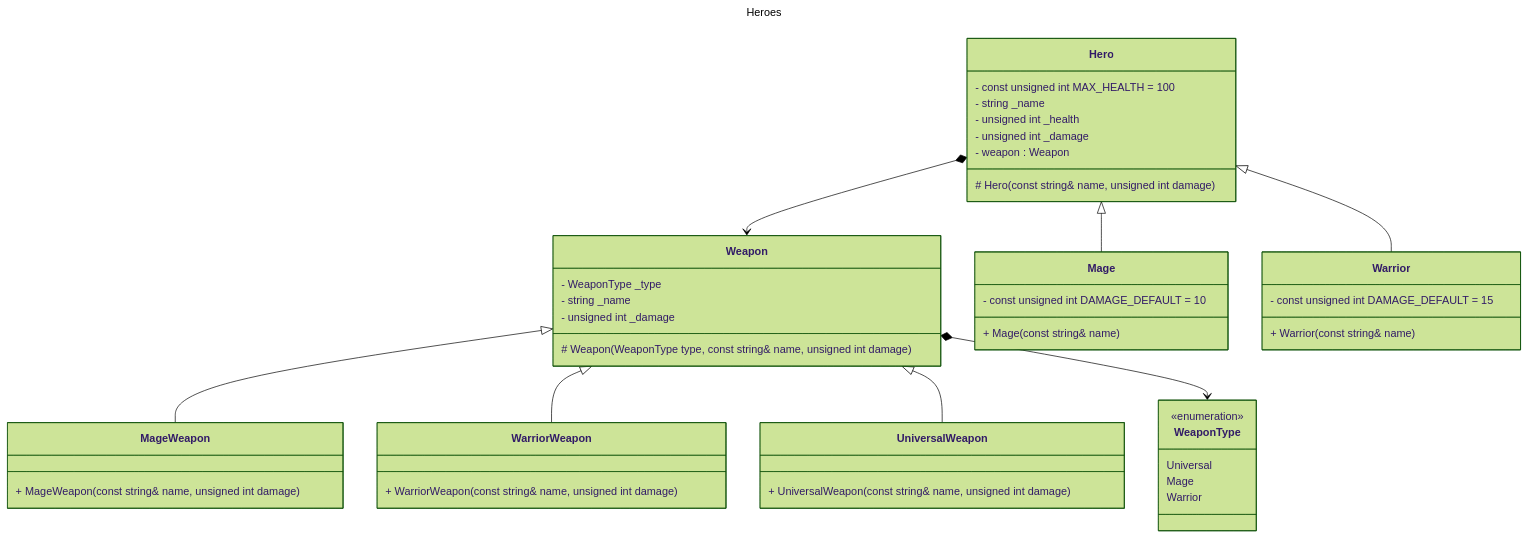
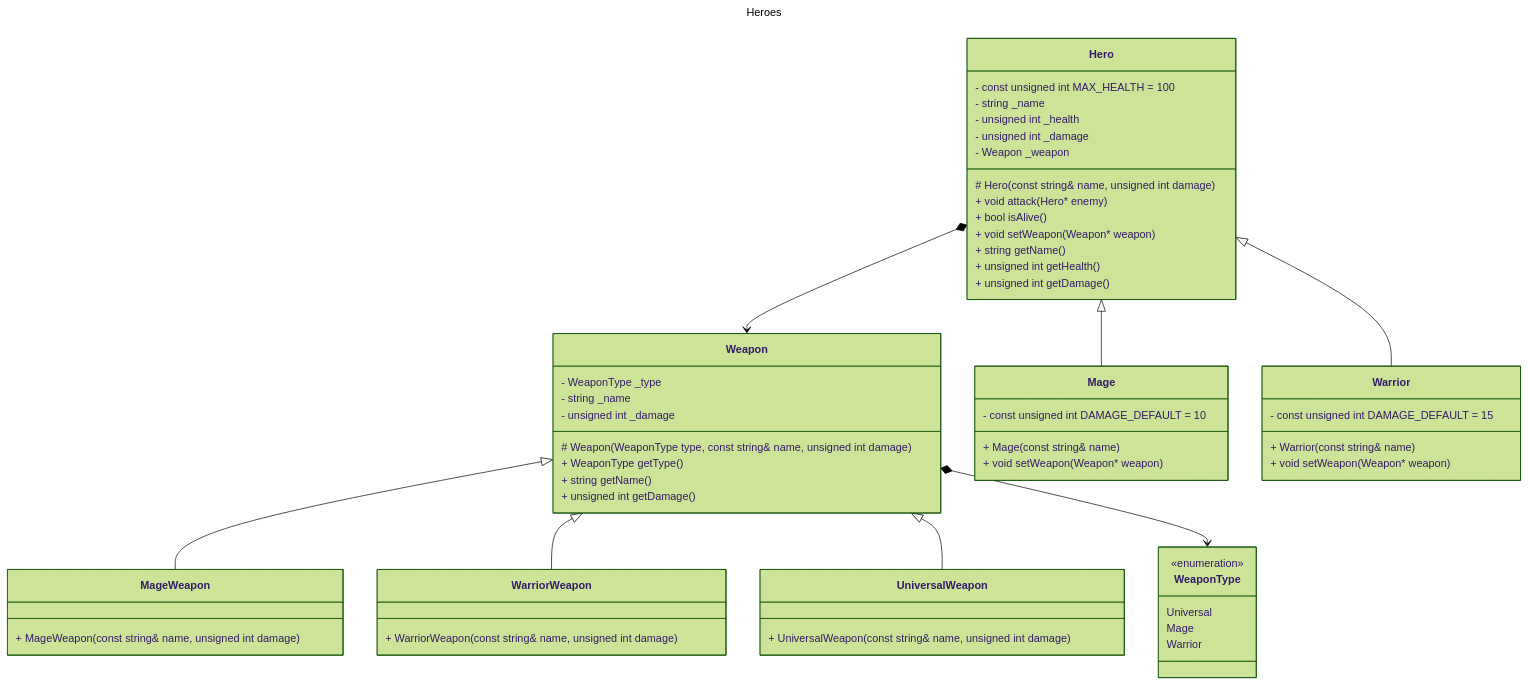
The diagram in README.md (anst-foto/Heroes_), drawn with Mermaid (forest theme) before and after one commit.

Commit message:
Создание диаграммы классов

````diff
--- a/README.md
+++ b/README.md
@@ -2,65 +2,82 @@
 ```mermaid
 ---
 title: Heroes
 ---
 classDiagram
     direction TB
     
     class WeaponType {
         <<enumeration>>
         Universal
         Mage
         Warrior
     }
     
     class Weapon {
         - WeaponType _type
         - string _name
         - unsigned int _damage
         # Weapon(WeaponType type, const string& name, unsigned int damage)
+        + WeaponType getType()
+        + string getName()
+        + unsigned int getDamage()
     }
     
     class MageWeapon {
         + MageWeapon(const string& name, unsigned int damage)
     }
     
     class WarriorWeapon {
         + WarriorWeapon(const string& name, unsigned int damage)
     }
     
     class UniversalWeapon {
         + UniversalWeapon(const string& name, unsigned int damage)
     }
     
     class Hero {
         - const unsigned int MAX_HEALTH = 100
         - string _name
         - unsigned int _health
         - unsigned int _damage
-        - weapon : Weapon
+        - Weapon _weapon
         # Hero(const string& name, unsigned int damage)
+        
+        + void attack(Hero* enemy)
+        + bool isAlive()
+        + void setWeapon(Weapon* weapon)
+        
+        + string getName()
+        + unsigned int getHealth()
+        + unsigned int getDamage()
     }
     
     class Mage {
         - const unsigned int DAMAGE_DEFAULT = 10
+        
         + Mage(const string& name)
+        
+        + void setWeapon(Weapon* weapon)
     }
     
     class Warrior {
         - const unsigned int DAMAGE_DEFAULT = 15
+        
         + Warrior(const string& name)
+        
+        + void setWeapon(Weapon* weapon)
     }
     
     %% Наследование для оружия
     Weapon <|-- MageWeapon
     Weapon <|-- WarriorWeapon
     Weapon <|-- UniversalWeapon
     
     %% Наследование для героев
     Hero <|-- Mage
     Hero <|-- Warrior
     
     %% Зависимости (использование enum)
     Weapon *--> WeaponType 
     Hero *--> Weapon
 ```
````
